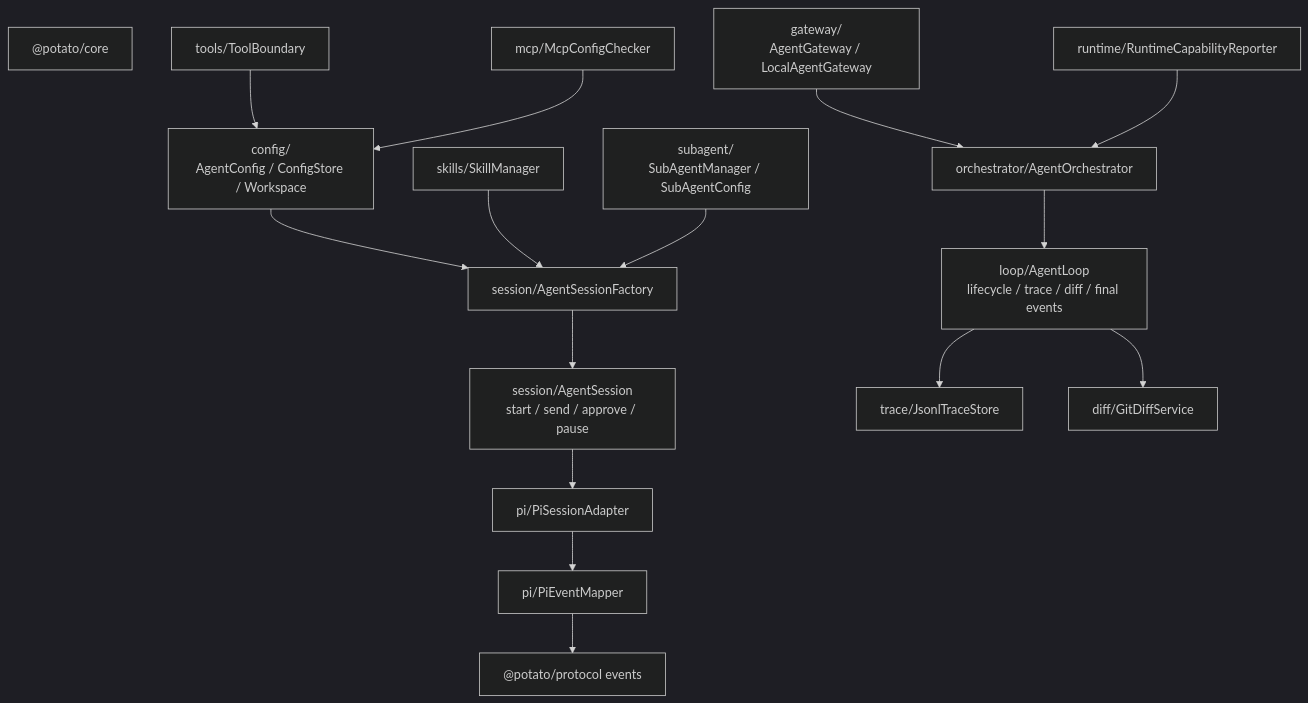
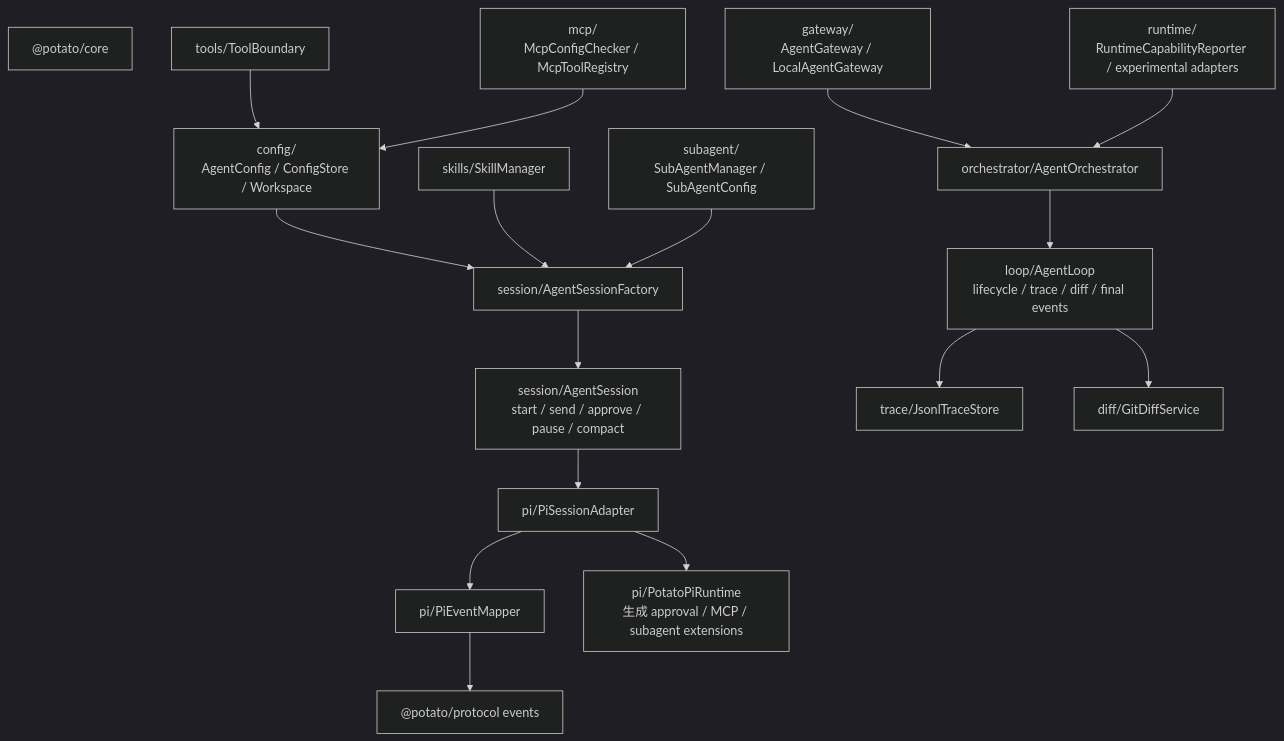
One commit to CrazyMrYan/potato-agent changed the fourth of 7 diagrams in wiki/architecture.md. Above: the diagram before and after it, drawn with Mermaid (dark theme). The commit also changed other lines of this file and 38 other files, not shown here.

````diff
--- a/wiki/architecture.md
+++ b/wiki/architecture.md
@@ -134,22 +152,23 @@
 ```mermaid
 flowchart TB
     Core["@potato/core"]
 
     Config["config/<br/>AgentConfig / ConfigStore / Workspace"] --> SessionFactory["session/AgentSessionFactory"]
     Skills["skills/SkillManager"] --> SessionFactory
     SubAgents["subagent/<br/>SubAgentManager / SubAgentConfig"] --> SessionFactory
 
-    SessionFactory --> Session["session/AgentSession<br/>start / send / approve / pause"]
+    SessionFactory --> Session["session/AgentSession<br/>start / send / approve / pause / compact"]
     Session --> PiAdapter["pi/PiSessionAdapter"]
     PiAdapter --> PiMapper["pi/PiEventMapper"]
     PiMapper --> ProtocolEvents["@potato/protocol events"]
+    PiAdapter --> PiRuntime["pi/PotatoPiRuntime<br/>生成 approval / MCP / subagent extensions"]
 
     Gateway["gateway/<br/>AgentGateway / LocalAgentGateway"] --> Orchestrator["orchestrator/AgentOrchestrator"]
     Orchestrator --> Loop["loop/AgentLoop<br/>lifecycle / trace / diff / final events"]
     Loop --> Trace["trace/JsonlTraceStore"]
     Loop --> Diff["diff/GitDiffService"]
 
     Tools["tools/ToolBoundary"] --> Config
-    MCP["mcp/McpConfigChecker"] --> Config
-    Runtime["runtime/RuntimeCapabilityReporter"] --> Orchestrator
+    MCP["mcp/<br/>McpConfigChecker / McpToolRegistry"] --> Config
+    Runtime["runtime/<br/>RuntimeCapabilityReporter / experimental adapters"] --> Orchestrator
 ```
````
